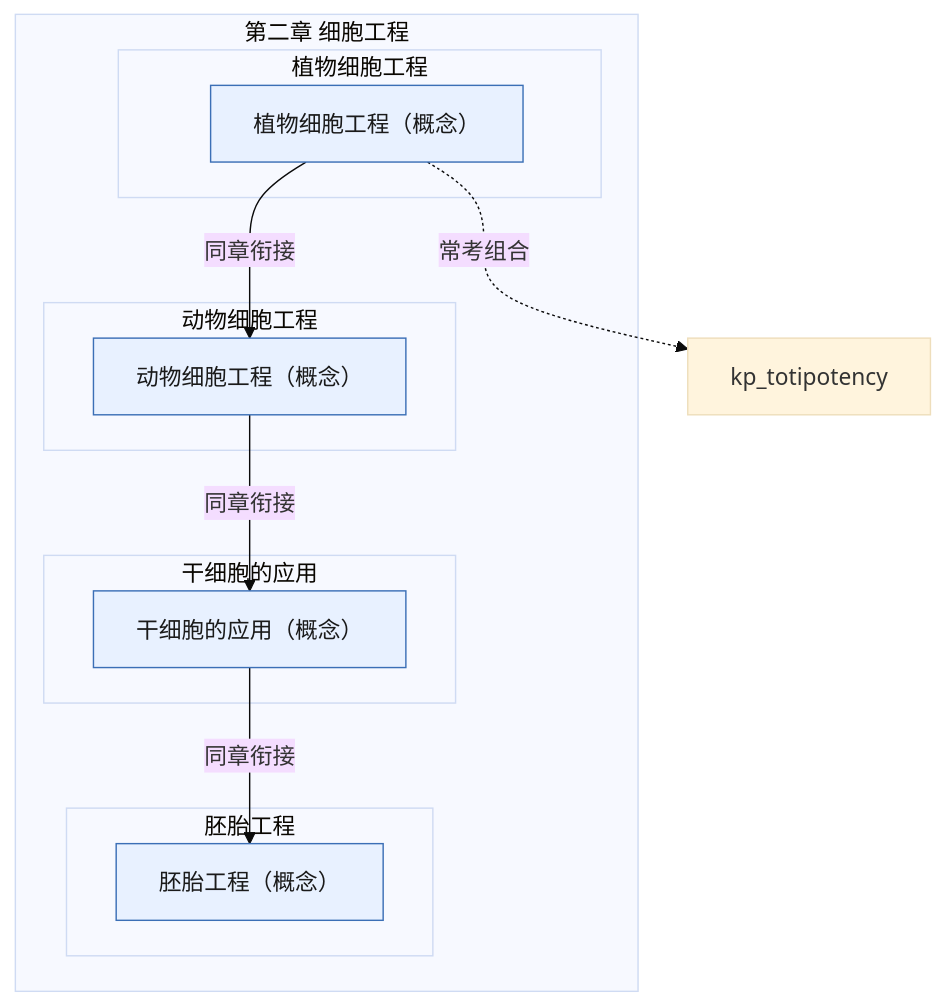
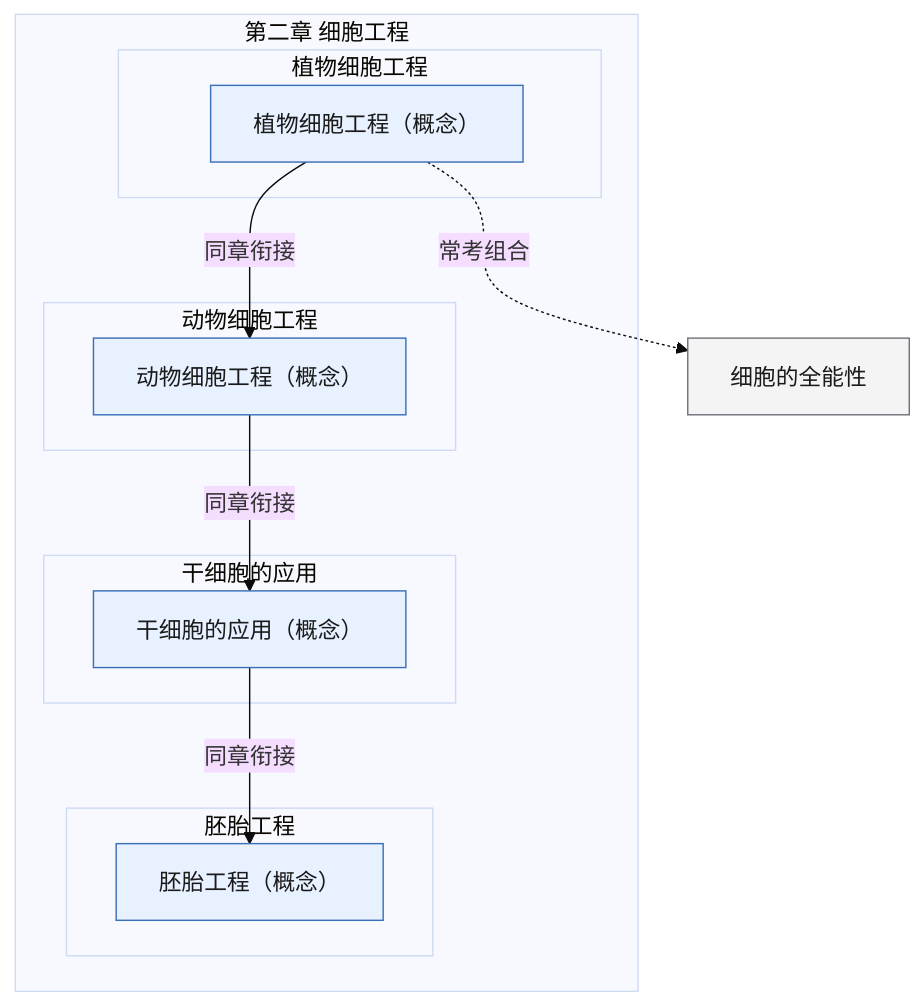
Before and after one commit to lihenair/high-school-ai-tutor-skill: the diagram in skills/high-school-ai-tutor/references/pep-bio-xbx3-ch2.md, drawn with Mermaid (base theme). The commit also changed 20 other files, not shown here.

Commit message:
feat(graph): 跨章常考组合渲染为中文显示名（灰色外部节点），不再显示英文代号

````diff
--- a/skills/high-school-ai-tutor/references/pep-bio-xbx3-ch2.md
+++ b/skills/high-school-ai-tutor/references/pep-bio-xbx3-ch2.md
@@ -5,25 +5,25 @@
 ```mermaid
 flowchart TD
   classDef concept fill:#E8F1FF,stroke:#3B6FB6,color:#1A1A1A
   classDef skill fill:#E7F6EE,stroke:#2E7D4F,color:#1A1A1A
   classDef experiment fill:#FFF4E5,stroke:#C47B17,color:#1A1A1A
   classDef later fill:#F4F4F5,stroke:#71717A,color:#1A1A1A
   subgraph ch["第二章 细胞工程"]
     subgraph s1["植物细胞工程"]
       kp_plant_cell_engineering["植物细胞工程（概念）"]:::concept
     end
     subgraph s2["动物细胞工程"]
       kp_animal_cell_engineering["动物细胞工程（概念）"]:::concept
     end
     subgraph s3["干细胞的应用"]
       kp_stem_cell_application["干细胞的应用（概念）"]:::concept
     end
     subgraph s4["胚胎工程"]
       kp_embryo_engineering["胚胎工程（概念）"]:::concept
     end
   end
   kp_plant_cell_engineering -->|同章衔接| kp_animal_cell_engineering
   kp_animal_cell_engineering -->|同章衔接| kp_stem_cell_application
   kp_stem_cell_application -->|同章衔接| kp_embryo_engineering
-  kp_plant_cell_engineering -.->|常考组合| kp_totipotency
+  kp_plant_cell_engineering -.->|常考组合| kp_totipotency["细胞的全能性"]:::later
 ```
````
